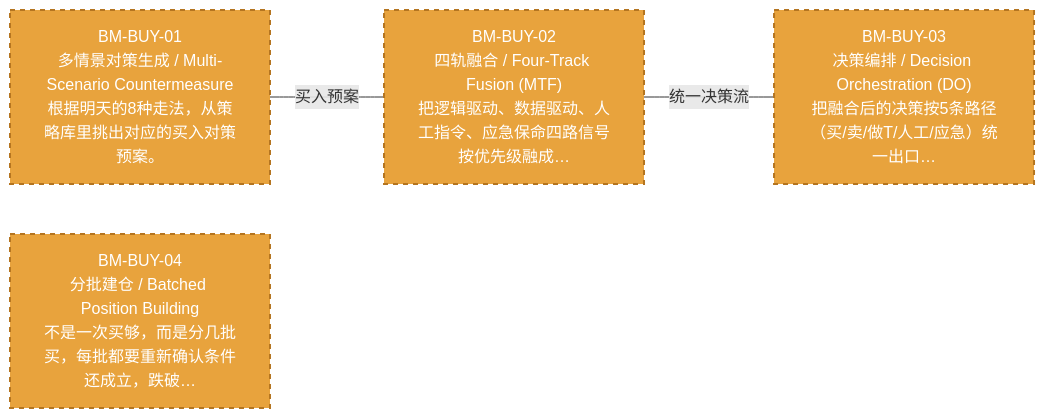
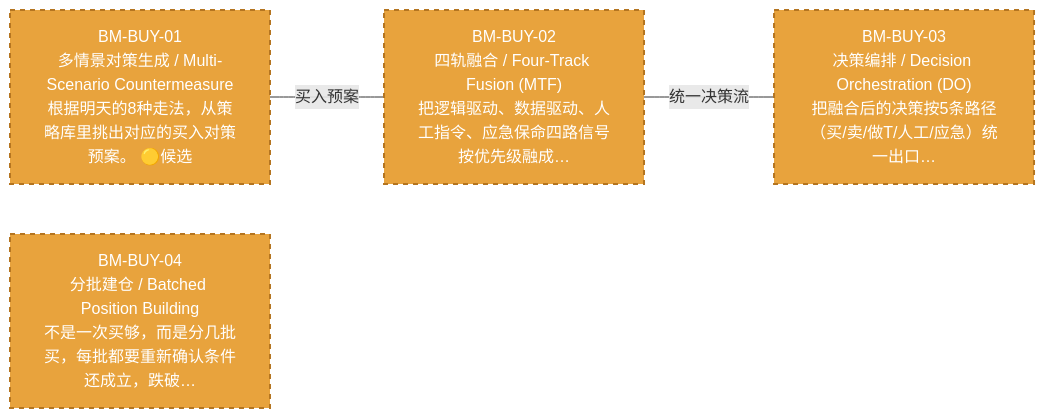
The diagram in docs/02_enterprise_architecture/07_trading_decision_architecture/battle_map/battle_map_02_buy_flow.md (xuanFelixVan/ZephyrAlpha), drawn with Mermaid before and after one commit. The commit also changed other lines of this file and 6 other files, not shown here.

````diff
--- a/docs/02_enterprise_architecture/07_trading_decision_architecture/battle_map/battle_map_02_buy_flow.md
+++ b/docs/02_enterprise_architecture/07_trading_decision_architecture/battle_map/battle_map_02_buy_flow.md
@@ -15,15 +15,15 @@
 ```mermaid
 %% 买入阶段图
 flowchart LR
-    BM_BUY_01["BM-BUY-01\n多情景对策生成 / Multi-Scenario Countermeasure\n根据明天的8种走法，从策略库里挑出对应的买入对策预案。"]:::design
+    BM_BUY_01["BM-BUY-01\n多情景对策生成 / Multi-Scenario Countermeasure\n根据明天的8种走法，从策略库里挑出对应的买入对策预案。 🟡候选"]:::design
     BM_BUY_02["BM-BUY-02\n四轨融合 / Four-Track Fusion (MTF)\n把逻辑驱动、数据驱动、人工指令、应急保命四路信号按优先级融成…"]:::design
     BM_BUY_03["BM-BUY-03\n决策编排 / Decision Orchestration (DO)\n把融合后的决策按5条路径（买/卖/做T/人工/应急）统一出口…"]:::design
     BM_BUY_04["BM-BUY-04\n分批建仓 / Batched Position Building\n不是一次买够，而是分几批买，每批都要重新确认条件还成立，跌破…"]:::design
     BM_BUY_01 --- |买入预案| BM_BUY_02
     BM_BUY_02 --- |统一决策流| BM_BUY_03
 classDef production fill:#4A90D9,stroke:#2C5F8A,color:#fff,stroke-width:2px;
 classDef design fill:#E8A33D,stroke:#B57520,color:#fff,stroke-width:2px,stroke-dasharray: 5 5;
 classDef deprecated fill:#D93636,stroke:#A02020,color:#fff,stroke-width:2px;
 classDef missing fill:#BBBBBB,stroke:#888888,color:#fff,stroke-width:2px;
 classDef candidate fill:#F4D03F,stroke:#B7950B,color:#000,stroke-width:2px;
 ```
````
